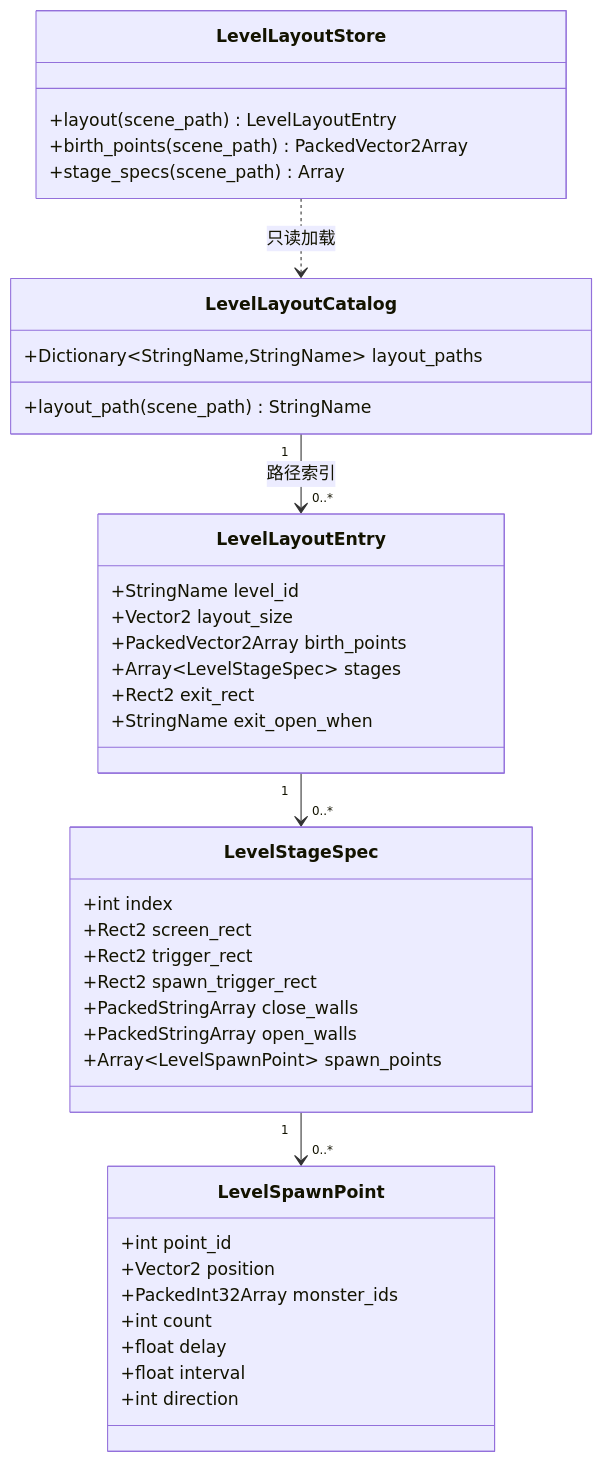
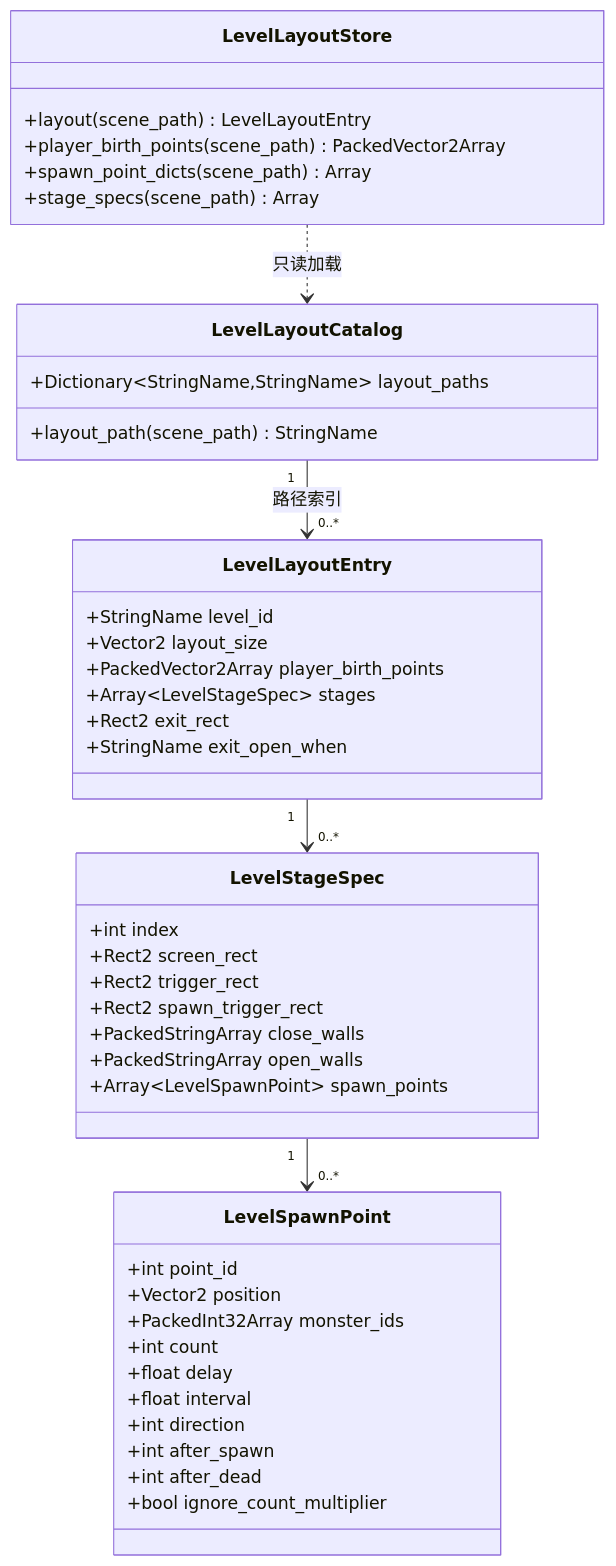
The diagram in docs/reference/level_layout_contract.md (0xnayuta/BHYH), drawn with Mermaid before and after one commit. The commit also changed other lines of this file and 12 other files, not shown here.

````diff
--- a/docs/reference/level_layout_contract.md
+++ b/docs/reference/level_layout_contract.md
@@ -23,42 +23,46 @@
 ```mermaid
 classDiagram
     class LevelLayoutCatalog {
         +Dictionary~StringName,StringName~ layout_paths
         +layout_path(scene_path) StringName
     }
     class LevelLayoutEntry {
         +StringName level_id
         +Vector2 layout_size
-        +PackedVector2Array birth_points
+        +PackedVector2Array player_birth_points
         +Array~LevelStageSpec~ stages
         +Rect2 exit_rect
         +StringName exit_open_when
     }
     class LevelStageSpec {
         +int index
         +Rect2 screen_rect
         +Rect2 trigger_rect
         +Rect2 spawn_trigger_rect
         +PackedStringArray close_walls
         +PackedStringArray open_walls
         +Array~LevelSpawnPoint~ spawn_points
     }
     class LevelSpawnPoint {
         +int point_id
         +Vector2 position
         +PackedInt32Array monster_ids
         +int count
         +float delay
         +float interval
         +int direction
+        +int after_spawn
+        +int after_dead
+        +bool ignore_count_multiplier
     }
     class LevelLayoutStore {
         +layout(scene_path) LevelLayoutEntry
-        +birth_points(scene_path) PackedVector2Array
+        +player_birth_points(scene_path) PackedVector2Array
+        +spawn_point_dicts(scene_path) Array
         +stage_specs(scene_path) Array
     }
     LevelLayoutCatalog "1" --> "0..*" LevelLayoutEntry : 路径索引
     LevelLayoutEntry "1" --> "0..*" LevelStageSpec
     LevelStageSpec "1" --> "0..*" LevelSpawnPoint
     LevelLayoutStore ..> LevelLayoutCatalog : 只读加载
 ```
````
